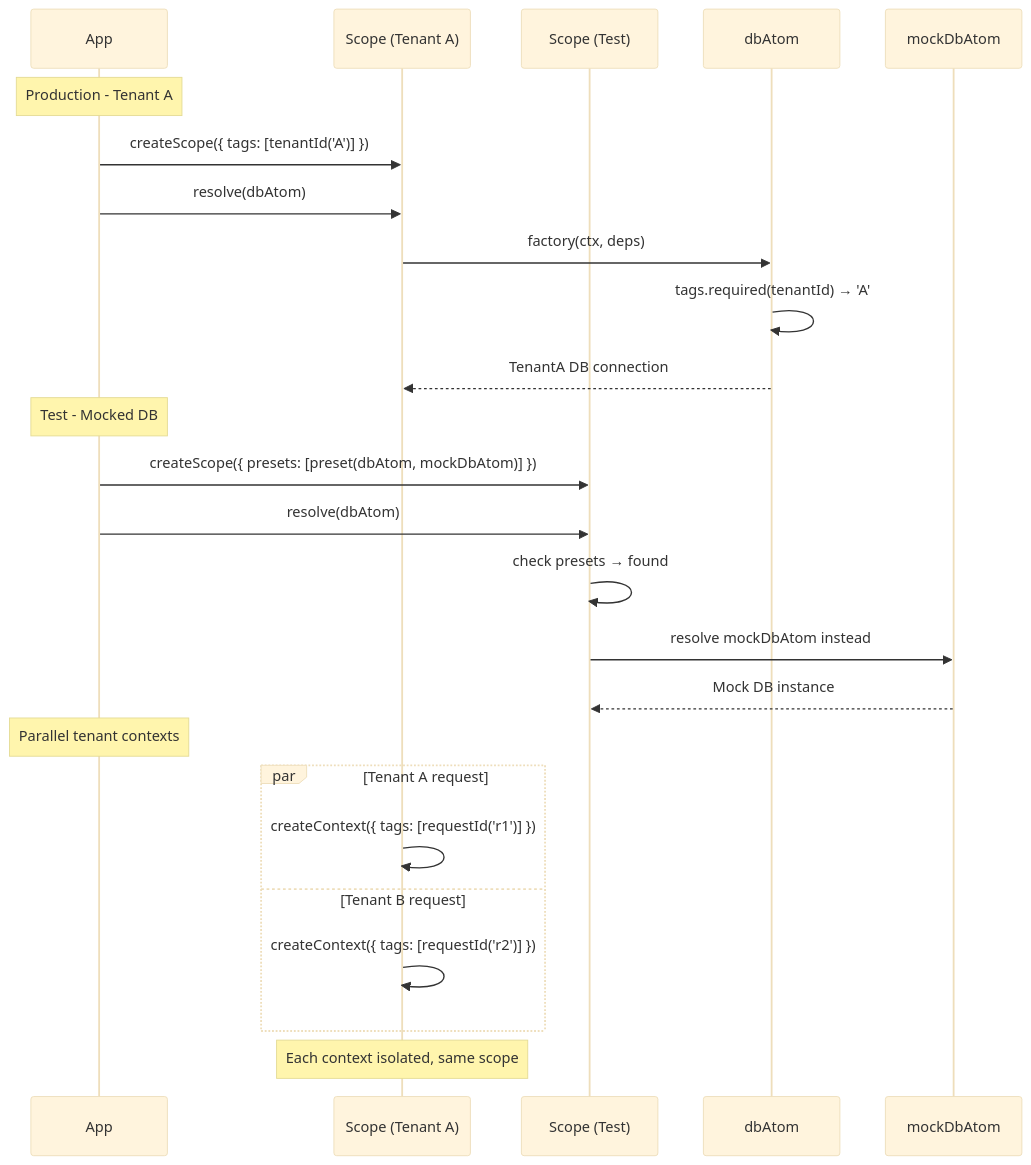
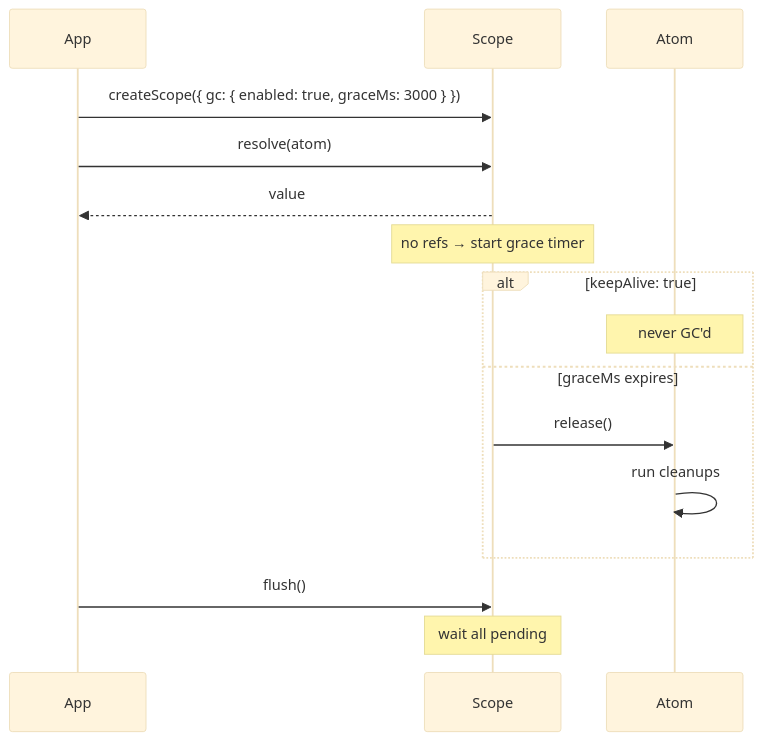
One commit to pumped-fn/pumped-fn changed diagram 11 of 11 in packages/lite/PATTERNS.md. Above: the diagram before and after it, drawn with Mermaid (base theme). The commit also changed other lines of this file and 4 other files, not shown here.

First line of the commit message:
docs(lite): replace text glossary with mermaid diagrams

````diff
--- a/packages/lite/PATTERNS.md
+++ b/packages/lite/PATTERNS.md
@@ -234,30 +242,22 @@
 ```mermaid
 sequenceDiagram
     participant App
-    participant TenantScope as Scope (Tenant A)
-    participant TestScope as Scope (Test)
-    participant DbAtom as dbAtom
-    participant MockDb as mockDbAtom
+    participant Scope
+    participant Atom
 
-    Note over App: Production - Tenant A
-    App->>TenantScope: createScope({ tags: [tenantId('A')] })
-    App->>TenantScope: resolve(dbAtom)
-    TenantScope->>DbAtom: factory(ctx, deps)
-    DbAtom->>DbAtom: tags.required(tenantId) → 'A'
-    DbAtom-->>TenantScope: TenantA DB connection
+    App->>Scope: createScope({ gc: { enabled: true, graceMs: 3000 } })
 
-    Note over App: Test - Mocked DB
-    App->>TestScope: createScope({ presets: [preset(dbAtom, mockDbAtom)] })
-    App->>TestScope: resolve(dbAtom)
-    TestScope->>TestScope: check presets → found
-    TestScope->>MockDb: resolve mockDbAtom instead
-    MockDb-->>TestScope: Mock DB instance
+    App->>Scope: resolve(atom)
+    Scope-->>App: value
+    Note over Scope: no refs → start grace timer
 
-    Note over App: Parallel tenant contexts
-    par Tenant A request
-        TenantScope->>TenantScope: createContext({ tags: [requestId('r1')] })
-    and Tenant B request
-        TenantScope->>TenantScope: createContext({ tags: [requestId('r2')] })
+    alt keepAlive: true
+        Note over Atom: never GC'd
+    else graceMs expires
+        Scope->>Atom: release()
+        Atom->>Atom: run cleanups
     end
-    Note over TenantScope: Each context isolated, same scope
+
+    App->>Scope: flush()
+    Note over Scope: wait all pending
 ```
````
